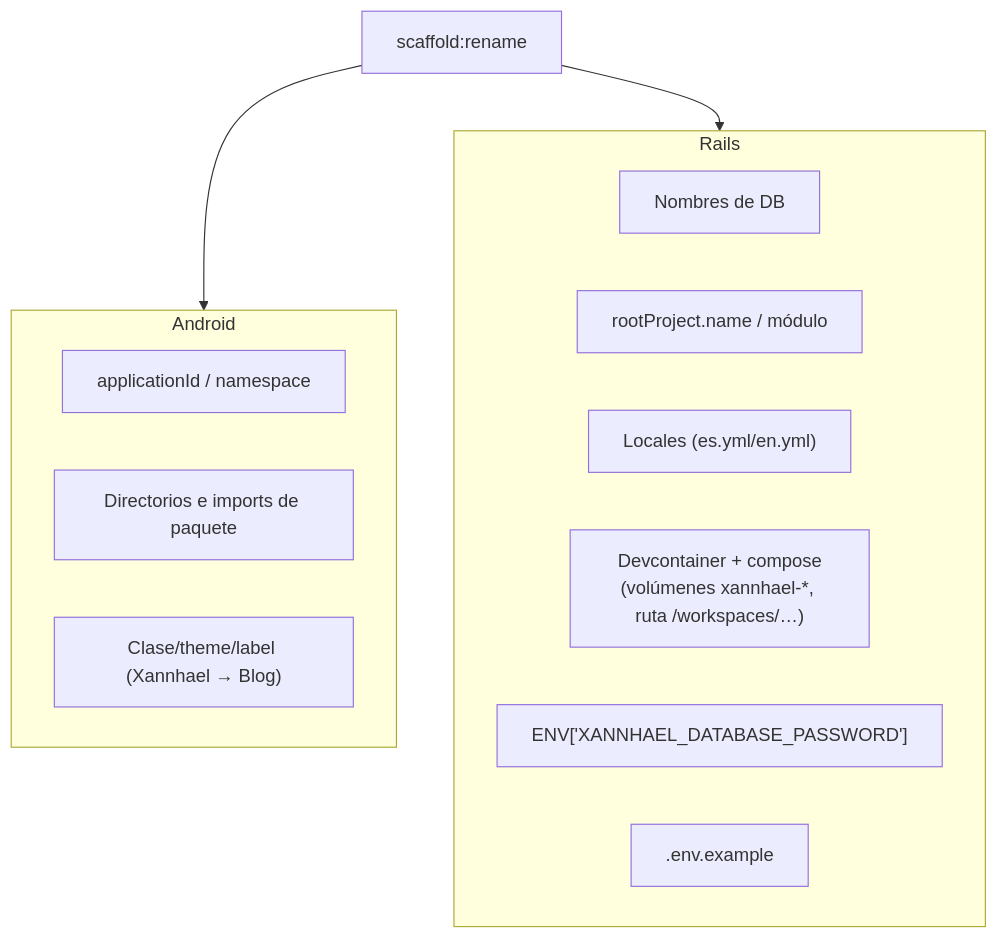
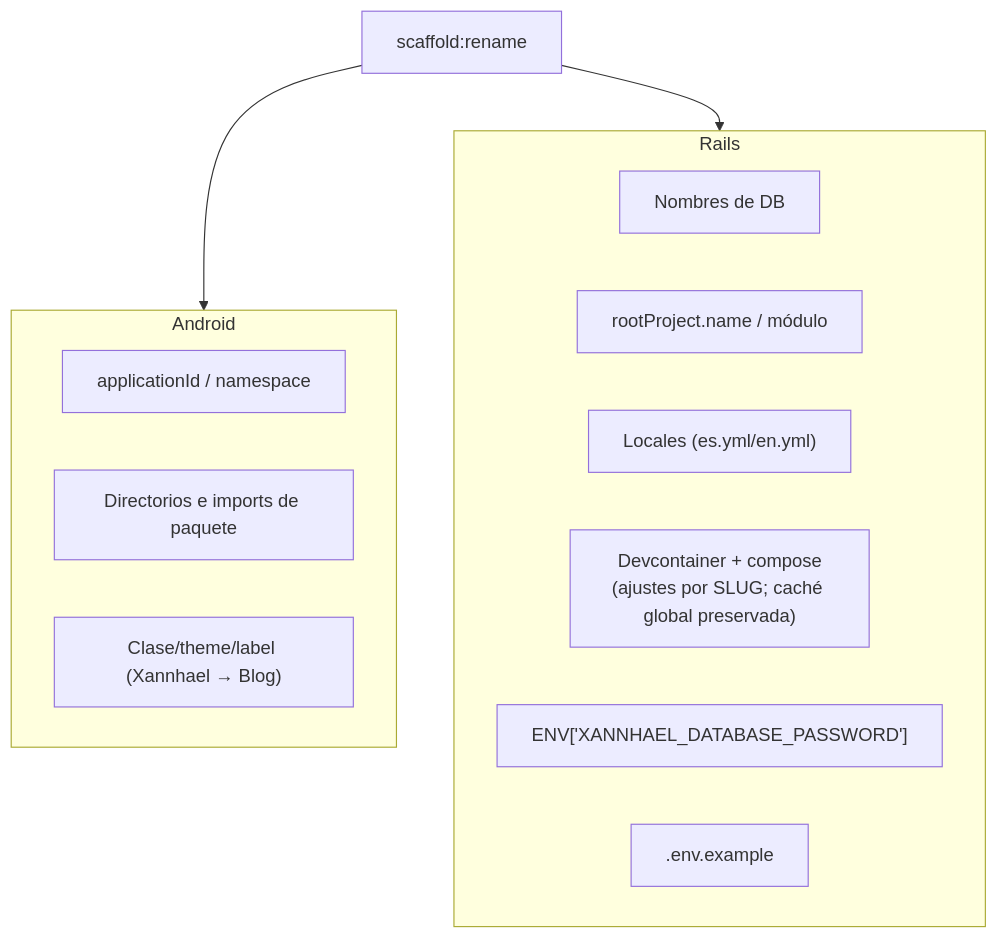
Before and after one commit to senmais/xannhael: the second of 2 diagrams in docs/base/09-renovar-template.md, drawn with Mermaid. The commit also changed other lines of this file and 3 other files, not shown here.

````diff
--- a/docs/base/09-renovar-template.md
+++ b/docs/base/09-renovar-template.md
@@ -42,18 +42,18 @@
 ```mermaid
 flowchart TB
     subgraph Android["Android"]
         A1["applicationId / namespace"]
         A2["Directorios e imports de paquete"]
         A3["Clase/theme/label (Xannhael → Blog)"]
     end
     subgraph Rails["Rails"]
         R1["Nombres de DB"]
         R2["rootProject.name / módulo"]
         R3["Locales (es.yml/en.yml)"]
-        R4["Devcontainer + compose<br/>(volúmenes xannhael-*, ruta /workspaces/…)"]
+        R4["Devcontainer + compose<br/>(ajustes por SLUG; caché global preservada)"]
         R5["ENV['XANNHAEL_DATABASE_PASSWORD']"]
         R6[".env.example"]
     end
     Task["scaffold:rename"] --> Android
     Task --> Rails
 ```
````
